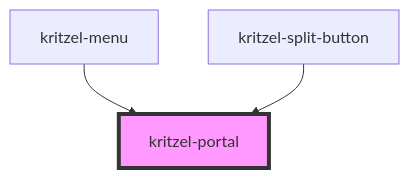
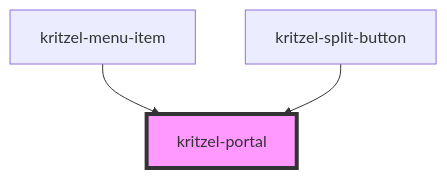
One commit to kasual1/kritzel changed the diagram in libs/kritzel-stencil/src/components/shared/kritzel-portal/readme.md. Above: the diagram before and after it, drawn with Mermaid. The commit also changed other lines of this file and 19 other files, not shown here.

````diff
--- a/libs/kritzel-stencil/src/components/shared/kritzel-portal/readme.md
+++ b/libs/kritzel-stencil/src/components/shared/kritzel-portal/readme.md
@@ -33,6 +33,6 @@
 ```mermaid
 graph TD;
-  kritzel-menu --> kritzel-portal
+  kritzel-menu-item --> kritzel-portal
   kritzel-split-button --> kritzel-portal
   style kritzel-portal fill:#f9f,stroke:#333,stroke-width:4px
 ```
````
